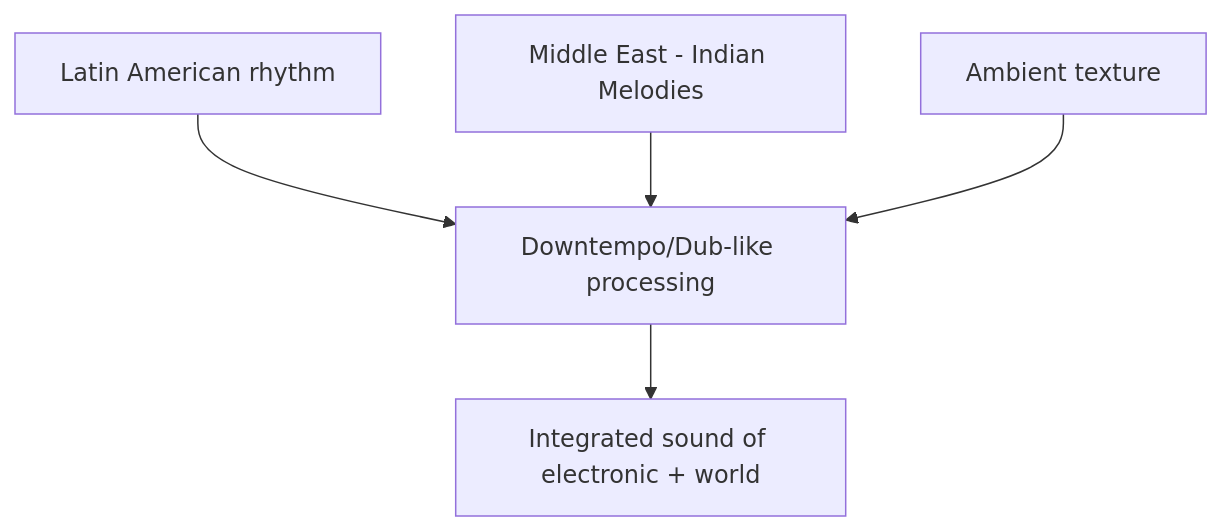
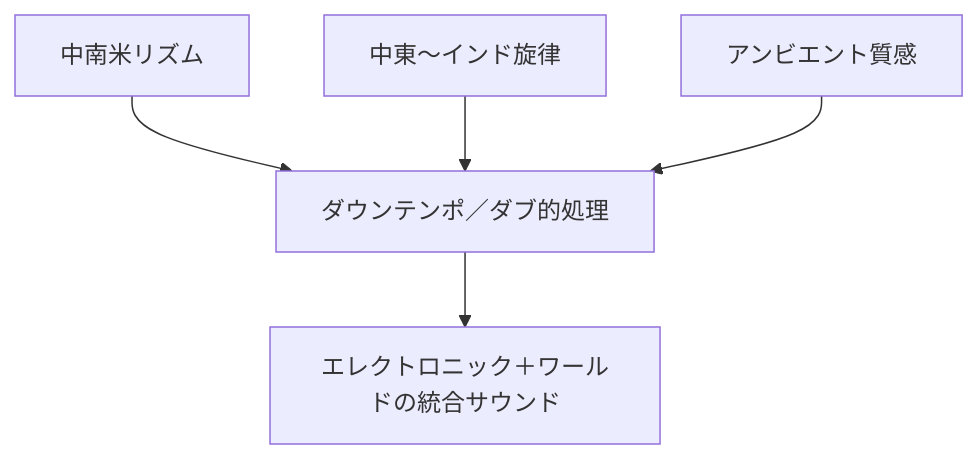
Before and after one commit to monumental-movement/monumental-movement.github.io: the second of 5 diagrams in en/_posts/2025-12-09-column-electronic-world-fusion.md, drawn with Mermaid. The commit also changed other lines of this file and 2196 other files, not shown here.

```diff
--- a/en/_posts/2025-12-09-column-electronic-world-fusion.md
+++ b/en/_posts/2025-12-09-column-electronic-world-fusion.md
@@ -92,7 +91,7 @@
 <div class="mermaid">
 flowchart TD
-    A["Latin American rhythm"] --> D["Downtempo/Dub-like processing"]
-    B["Middle East - Indian Melodies"] --> D
-    C["Ambient texture"] --> D
-    D --> E["Integrated sound of electronic + world"]
+    A["中南米リズム"] --> D["ダウンテンポ／ダブ的処理"]
+    B["中東〜インド旋律"] --> D
+    C["アンビエント質感"] --> D
+    D --> E["エレクトロニック＋ワールドの統合サウンド"]
 </div>
```
